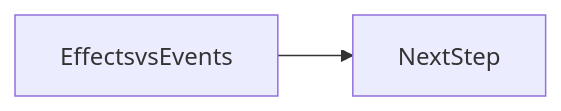
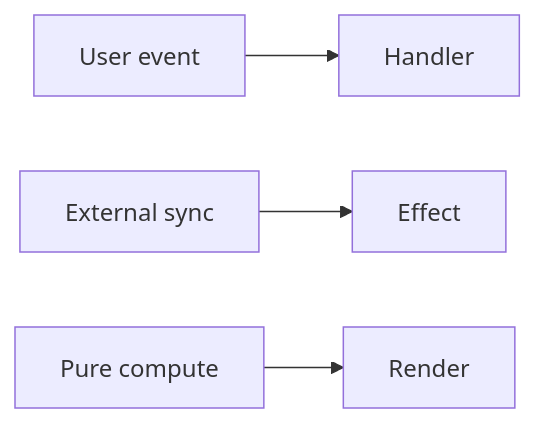
Before and after one commit to OmidJavaherii/Frontend-Engineering-Handbook: the second of 2 diagrams in docs/en/10-react/effects-vs-events/index.md, drawn with Mermaid. The commit also changed other lines of this file and 461 other files, not shown here.

````diff
--- a/docs/en/10-react/effects-vs-events/index.md
+++ b/docs/en/10-react/effects-vs-events/index.md
@@ -95,4 +125,6 @@
 ```mermaid
 flowchart LR
-  concept[EffectsvsEvents] --> nextStep[NextStep]
+  Event[User event] --> Handler
+  Sync[External sync] --> Effect
+  Compute[Pure compute] --> Render
 ```
````
